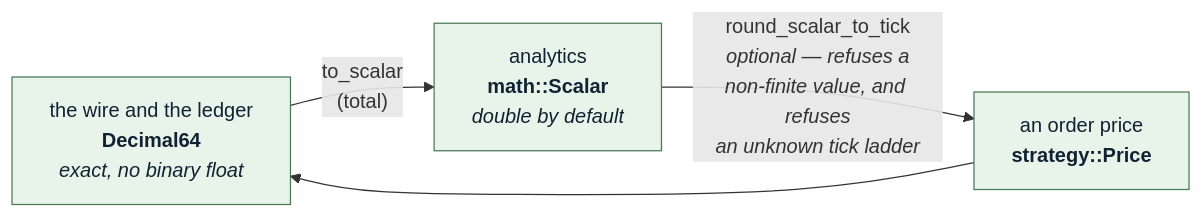
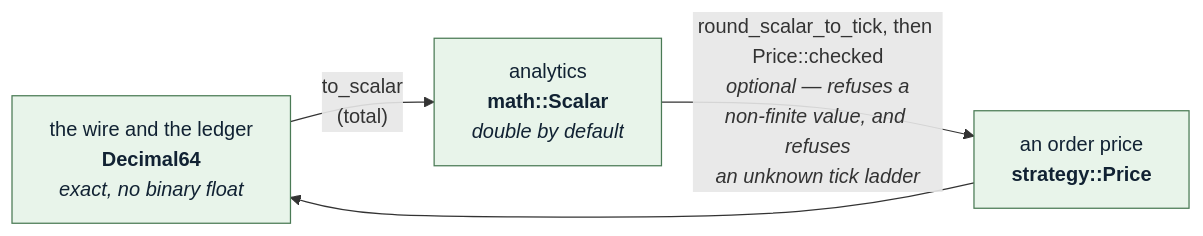
Before and after one commit to algotradelib/algotradelib: the fifth of 5 diagrams in doxygen/vignettes/architecture.md, drawn with Mermaid. The commit also changed other lines of this file and 3 other files, not shown here.

Commit message:
docs: eight corrections to the architecture, strategy and backtest guides

````diff
--- a/doxygen/vignettes/architecture.md
+++ b/doxygen/vignettes/architecture.md
@@ -271,13 +272,13 @@
 ```mermaid
 graph LR
   W["the wire and the ledger<br/><b>Decimal64</b><br/><i>exact, no binary float</i>"]
   A["analytics<br/><b>math::Scalar</b><br/><i>double by default</i>"]
   P["an order price<br/><b>strategy::Price</b>"]
 
   W -- "to_scalar<br/>(total)" --> A
-  A -- "round_scalar_to_tick<br/><i>optional — refuses a<br/>non-finite value, and refuses<br/>an unknown tick ladder</i>" --> P
+  A -- "round_scalar_to_tick, then Price::checked<br/><i>optional — refuses a<br/>non-finite value, and refuses<br/>an unknown tick ladder</i>" --> P
   P --> W
 
   classDef pure fill:#e8f4ea,stroke:#4a7a55,color:#123
   class W,A,P pure
 ```
````
